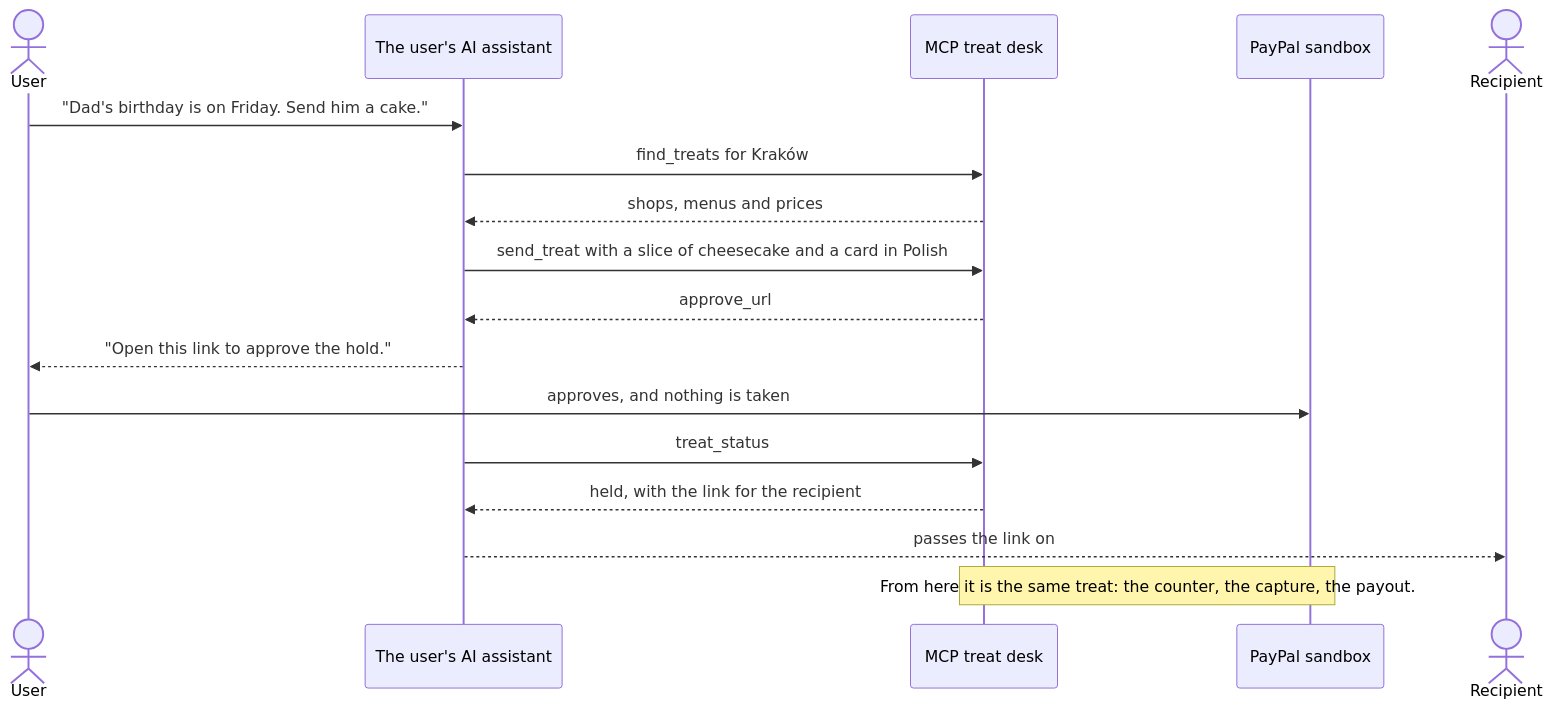
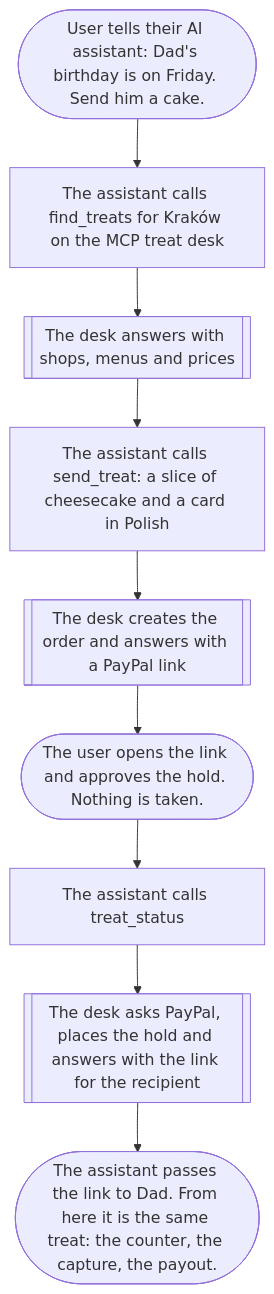
The seventh of 7 diagrams in README.md (55wind/handover), drawn with Mermaid before and after one commit. The commit also changed other lines of this file, not shown here.

Commit message:
docs: flow diagrams drawn top to bottom so they stay readable on GitHub

````diff
--- a/README.md
+++ b/README.md
@@ -193,20 +179,13 @@
 ```mermaid
-sequenceDiagram
-    actor U as User
-    participant A as The user's AI assistant
-    participant M as MCP treat desk
-    participant P as PayPal sandbox
-    actor R as Recipient
-
-    U->>A: "Dad's birthday is on Friday. Send him a cake."
-    A->>M: find_treats for Kraków
-    M-->>A: shops, menus and prices
-    A->>M: send_treat with a slice of cheesecake and a card in Polish
-    M-->>A: approve_url
-    A-->>U: "Open this link to approve the hold."
-    U->>P: approves, and nothing is taken
-    A->>M: treat_status
-    M-->>A: held, with the link for the recipient
-    A-->>R: passes the link on
-    Note over M,P: From here it is the same treat: the counter, the capture, the payout.
+flowchart TD
+    U1(["User tells their AI assistant: Dad's birthday is on Friday. Send him a cake."])
+    A1["The assistant calls find_treats for Kraków on the MCP treat desk"]
+    M1[["The desk answers with shops, menus and prices"]]
+    A2["The assistant calls send_treat: a slice of cheesecake and a card in Polish"]
+    M2[["The desk creates the order and answers with a PayPal link"]]
+    U2(["The user opens the link and approves the hold. Nothing is taken."])
+    A3["The assistant calls treat_status"]
+    M3[["The desk asks PayPal, places the hold and answers with the link for the recipient"]]
+    R1(["The assistant passes the link to Dad. From here it is the same treat: the counter, the capture, the payout."])
+    U1 --> A1 --> M1 --> A2 --> M2 --> U2 --> A3 --> M3 --> R1
 ```
````
